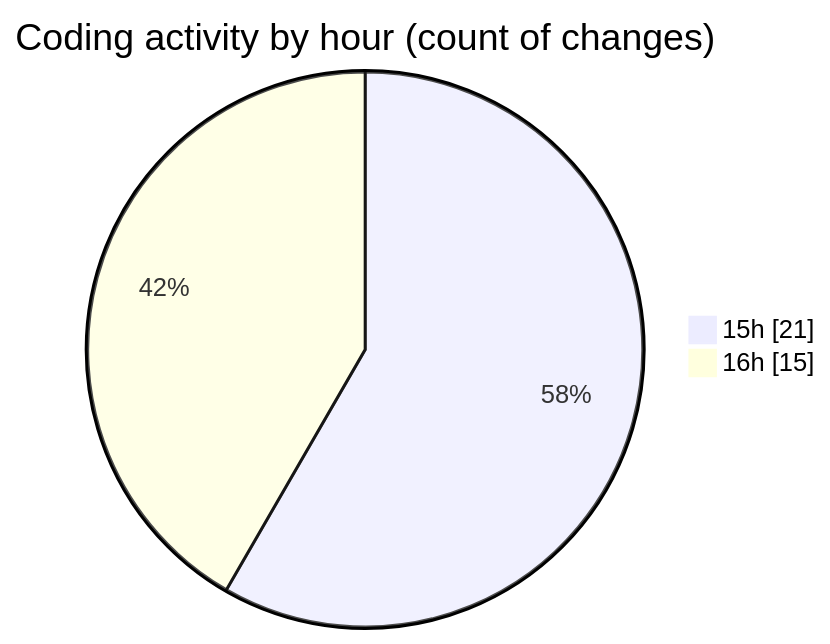
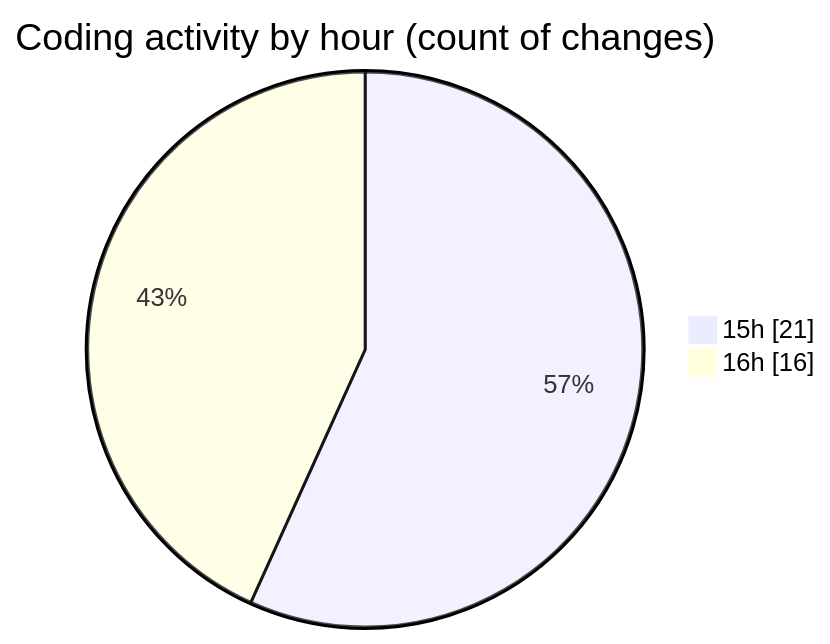
The second of 2 diagrams in 2025-01-26/results-summary-component-main/README.md (NitaiMahat/code-tracking), drawn with Mermaid before and after one commit. The commit also changed other lines of this file and 1 other file, not shown here.

````diff
--- a/2025-01-26/results-summary-component-main/README.md
+++ b/2025-01-26/results-summary-component-main/README.md
@@ -30,6 +30,6 @@
 ```mermaid
 pie showData
 title Coding activity by hour (count of changes)
 "15h" : 21
-"16h" : 15
+"16h" : 16
 ```
````
